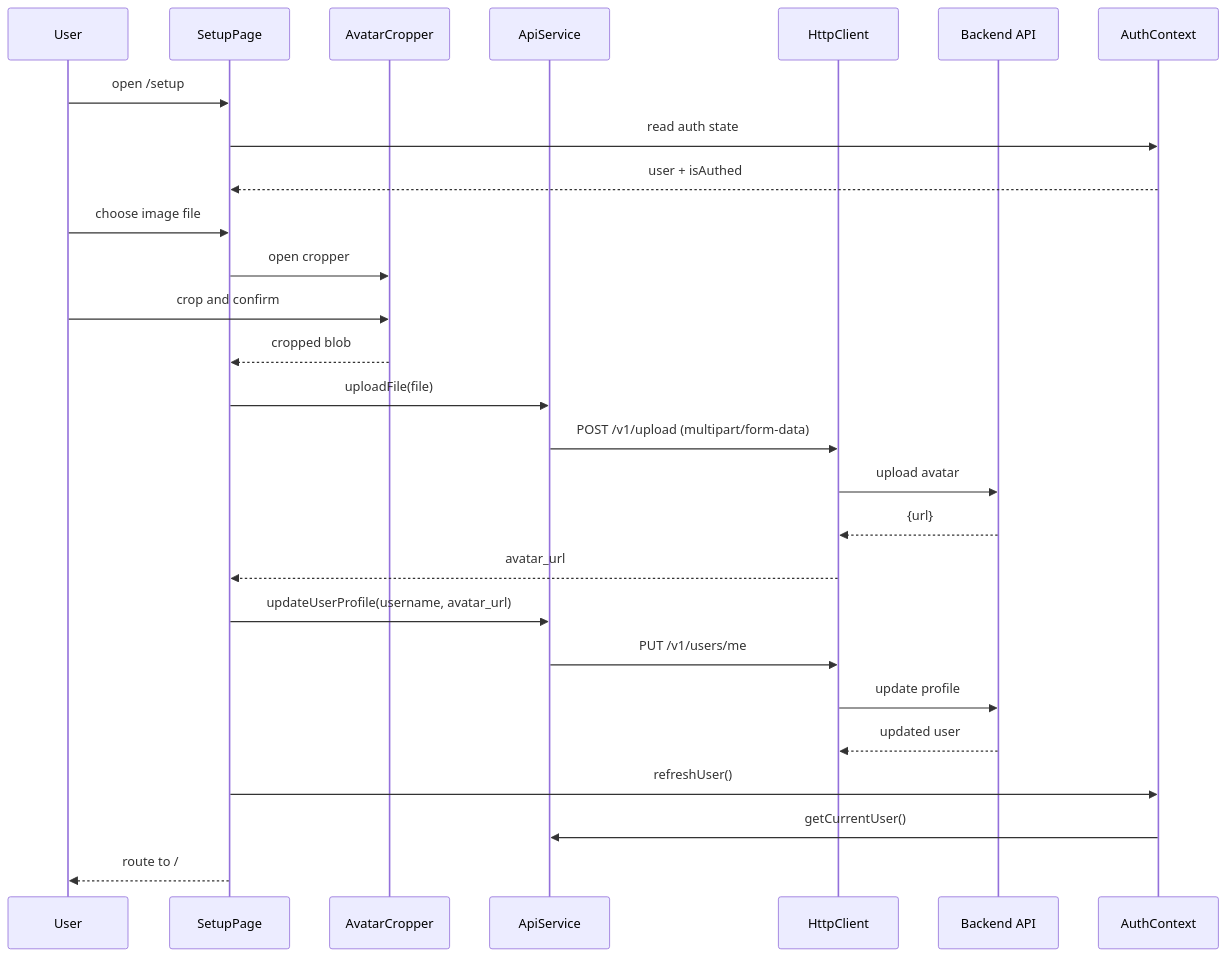
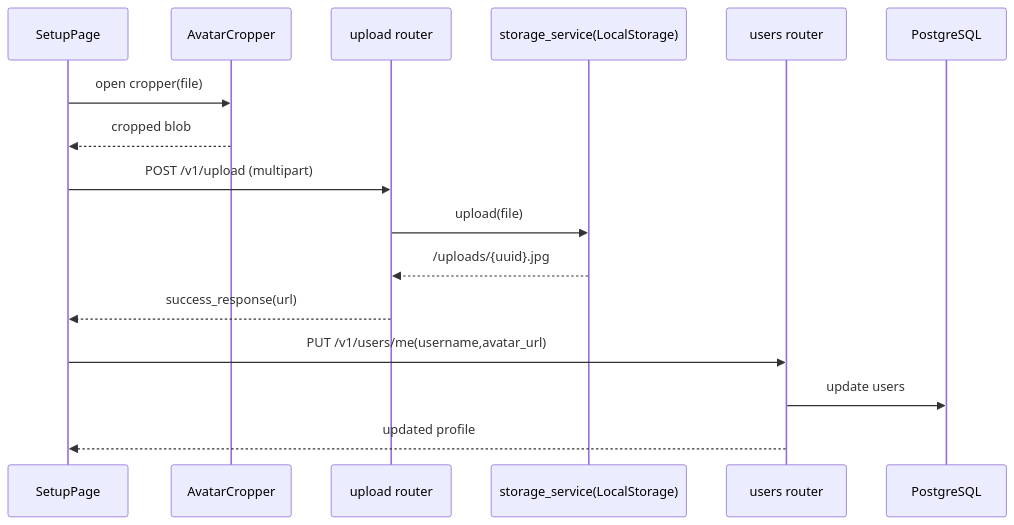
Before and after one commit to ChasePassion/role-playing: the fifth of 13 diagrams in .agent/project.md, drawn with Mermaid. The commit also changed other lines of this file, not shown here.

````diff
--- a/.agent/project.md
+++ b/.agent/project.md
@@ -229,30 +367,21 @@
 ```mermaid
 sequenceDiagram
-    participant U as User
     participant SP as SetupPage
     participant CR as AvatarCropper
-    participant AS as ApiService
-    participant HC as HttpClient
-    participant API as Backend API
-    participant AC as AuthContext
+    participant UR as upload router
+    participant SS as storage_service(LocalStorage)
+    participant USR as users router
+    participant DB as PostgreSQL
 
-    U->>SP: open /setup
-    SP->>AC: read auth state
-    AC-->>SP: user + isAuthed
-    U->>SP: choose image file
-    SP->>CR: open cropper
-    U->>CR: crop and confirm
+    SP->>CR: open cropper(file)
     CR-->>SP: cropped blob
-    SP->>AS: uploadFile(file)
-    AS->>HC: POST /v1/upload (multipart/form-data)
-    HC->>API: upload avatar
-    API-->>HC: {url}
-    HC-->>SP: avatar_url
-    SP->>AS: updateUserProfile(username, avatar_url)
-    AS->>HC: PUT /v1/users/me
-    HC->>API: update profile
-    API-->>HC: updated user
-    SP->>AC: refreshUser()
-    AC->>AS: getCurrentUser()
-    SP-->>U: route to /
+
+    SP->>UR: POST /v1/upload (multipart)
+    UR->>SS: upload(file)
+    SS-->>UR: /uploads/{uuid}.jpg
+    UR-->>SP: success_response(url)
+
+    SP->>USR: PUT /v1/users/me(username,avatar_url)
+    USR->>DB: update users
+    USR-->>SP: updated profile
 ```
````
